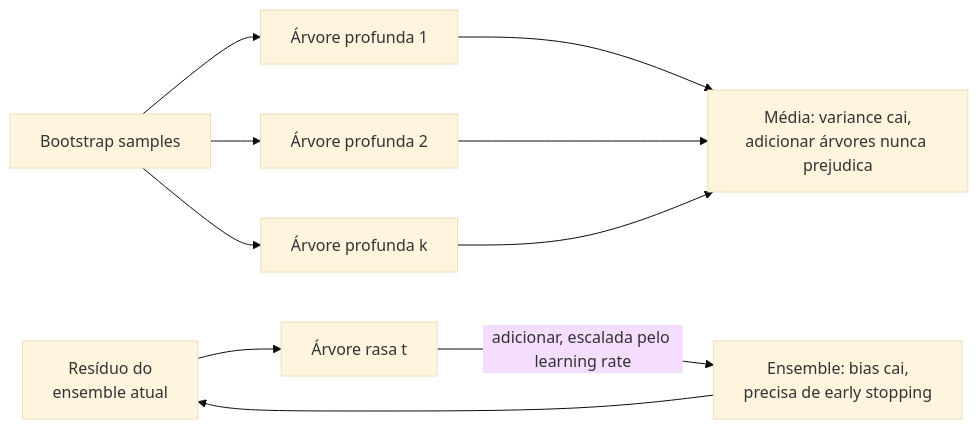
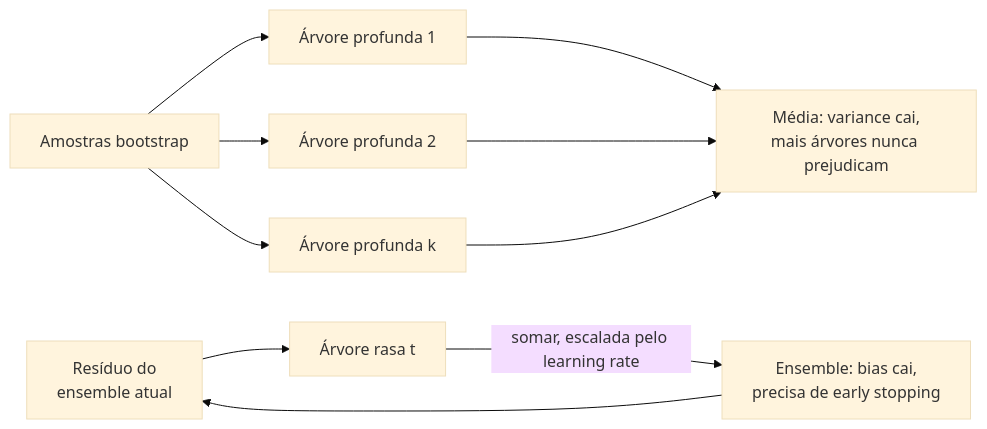
One commit to andrevberaldo/AI-Engineer-Interview-Questions changed the seventh of 27 diagrams in 01-ml-and-dl-foundations/questions.pt-BR.md. Above: the diagram before and after it, drawn with Mermaid (base theme). The commit also changed other lines of this file, not shown here.

````diff
--- a/01-ml-and-dl-foundations/questions.pt-BR.md
+++ b/01-ml-and-dl-foundations/questions.pt-BR.md
@@ -311,12 +311,12 @@
 ```mermaid
 flowchart LR
-    A["Bootstrap samples"] --> B["Árvore profunda 1"]
+    A["Amostras bootstrap"] --> B["Árvore profunda 1"]
     A --> C["Árvore profunda 2"]
     A --> D["Árvore profunda k"]
-    B --> E["Média: variance cai,<br/>adicionar árvores nunca prejudica"]
+    B --> E["Média: variance cai,<br/>mais árvores nunca prejudicam"]
     C --> E
     D --> E
     F["Resíduo do<br/>ensemble atual"] --> G["Árvore rasa t"]
-    G -->|"adicionar, escalada pelo learning rate"| H["Ensemble: bias cai,<br/>precisa de early stopping"]
+    G -->|"somar, escalada pelo learning rate"| H["Ensemble: bias cai,<br/>precisa de early stopping"]
     H --> F
 ```
````
